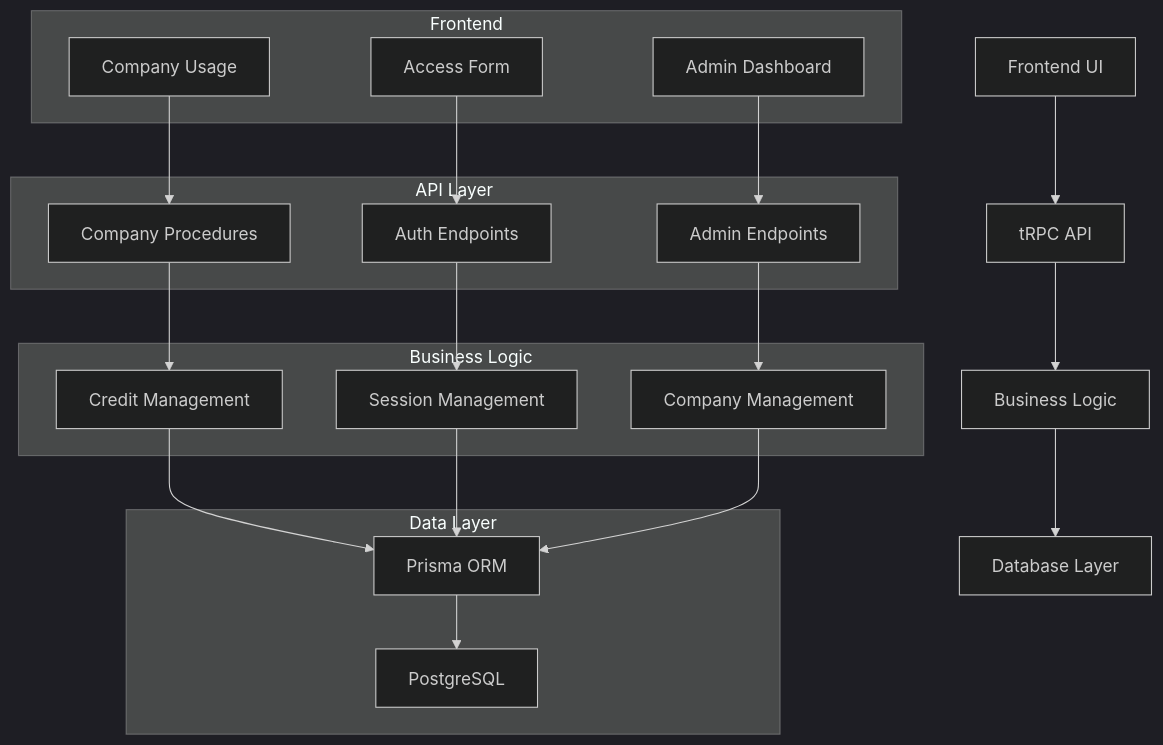
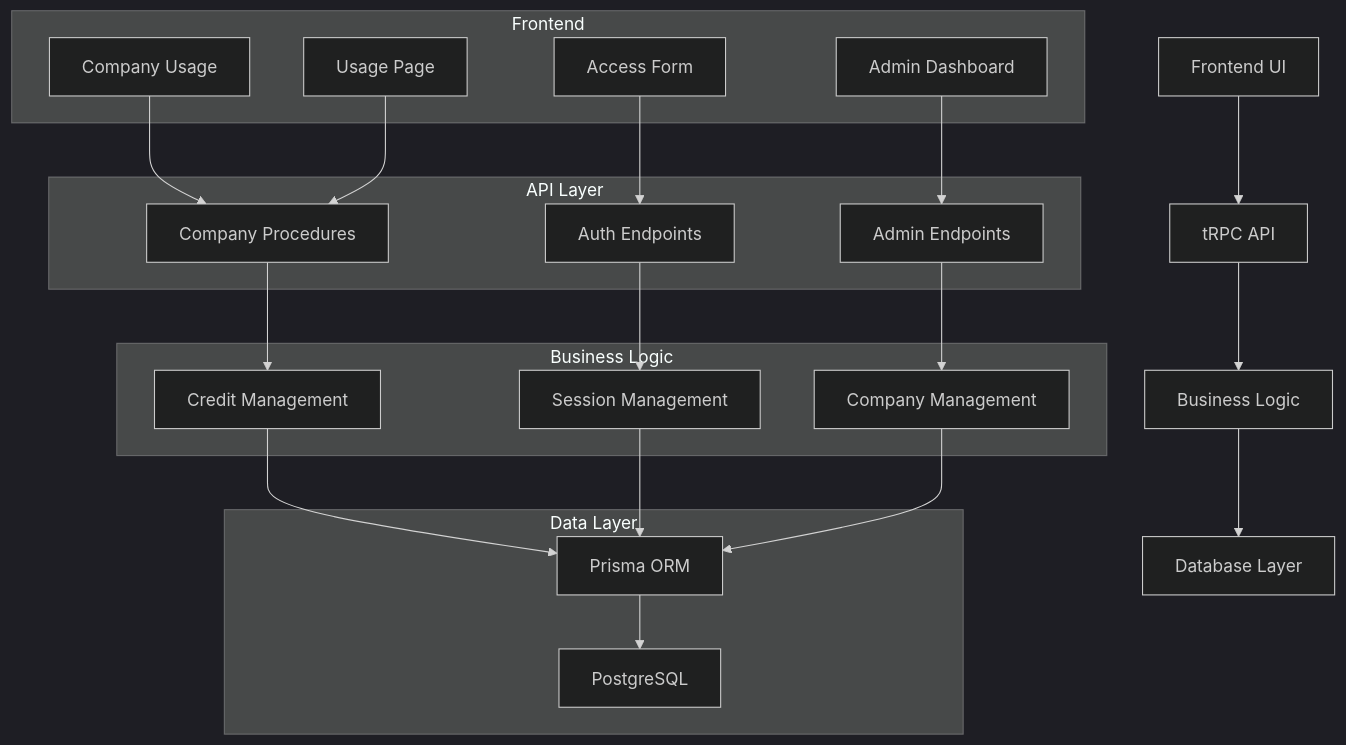
The second of 8 diagrams in .qoder/repowiki/en/content/Data Models & Schema Design/Company Credit Management.md (roisulimani/qai), drawn with Mermaid (dark theme) before and after one commit. The commit also changed other lines of this file and 1 other file, not shown here.

````diff
--- a/.qoder/repowiki/en/content/Data Models & Schema Design/Company Credit Management.md
+++ b/.qoder/repowiki/en/content/Data Models & Schema Design/Company Credit Management.md
@@ -89,35 +100,37 @@
 ```mermaid
 graph TD
 A[Frontend UI] --> B[tRPC API]
 B --> C[Business Logic]
 C --> D[Database Layer]
 subgraph "Frontend"
 A1[Admin Dashboard]
 A2[Company Usage]
 A3[Access Form]
+A4[Usage Page]
 end
 subgraph "API Layer"
 B1[Admin Endpoints]
 B2[Auth Endpoints]
 B3[Company Procedures]
 end
 subgraph "Business Logic"
 C1[Credit Management]
 C2[Session Management]
 C3[Company Management]
 end
 subgraph "Data Layer"
 D1[Prisma ORM]
 D2[PostgreSQL]
 end
 A1 --> B1
 A2 --> B3
 A3 --> B2
+A4 --> B3
 B1 --> C3
 B2 --> C2
 B3 --> C1
 C1 --> D1
 C2 --> D1
 C3 --> D1
 D1 --> D2
 ```
````
